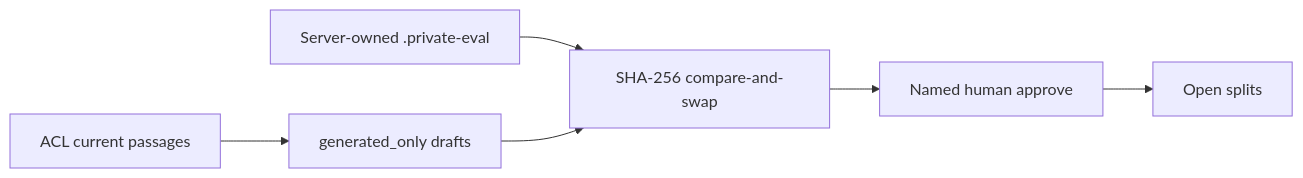
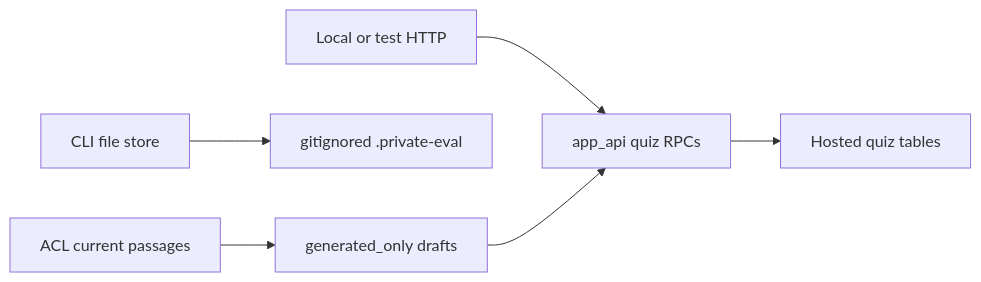
Before and after one commit to Nagdy8888/smart-rag: the first of 4 diagrams in docs/evaluation/PDF_EVAL_WORKSPACE.md, drawn with Mermaid. The commit also changed other lines of this file and 149 other files, not shown here.

````diff
--- a/docs/evaluation/PDF_EVAL_WORKSPACE.md
+++ b/docs/evaluation/PDF_EVAL_WORKSPACE.md
@@ -23,8 +31,8 @@
 ```mermaid
 flowchart LR
-  root["Server-owned .private-eval"] --> store["SHA-256 compare-and-swap"]
-  store --> human["Named human approve"]
+  http["Local or test HTTP"] --> rpcs["app_api quiz RPCs"]
+  rpcs --> hosted["Hosted quiz tables"]
+  cli["CLI file store"] --> files["gitignored .private-eval"]
   passages["ACL current passages"] --> drafts["generated_only drafts"]
-  drafts --> store
-  human --> openSplits["Open splits"]
+  drafts --> rpcs
 ```
````
